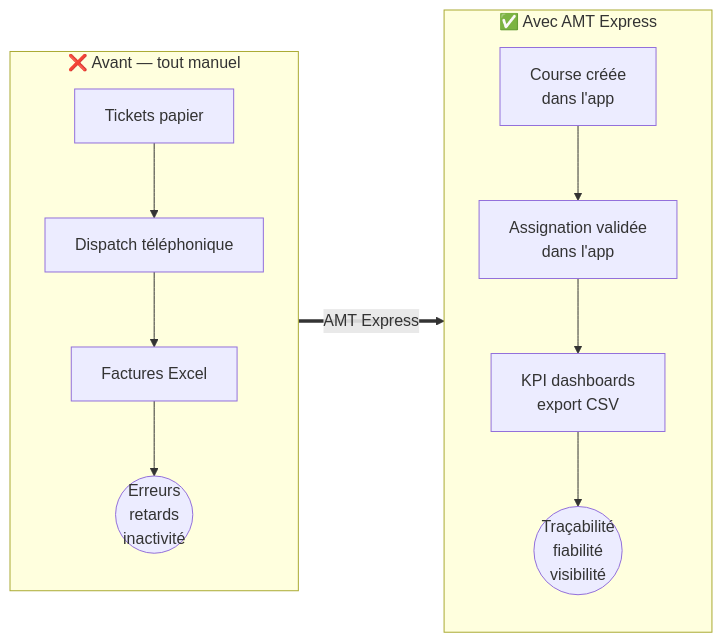
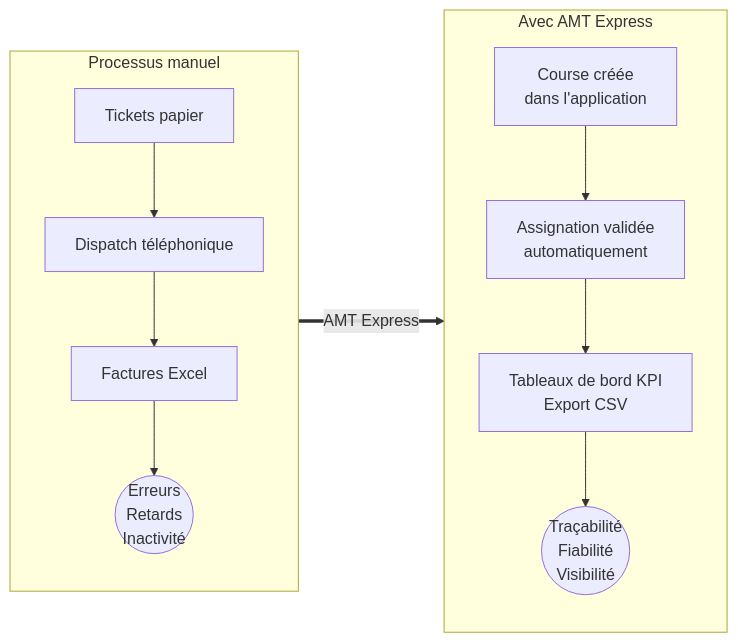
The first of 9 diagrams in documents/dossiers/dossierProjet/dossierProjetRNCP.md (Mamoru-fr/AMT-Express), drawn with Mermaid before and after one commit. The commit also changed other lines of this file and 7 other files, not shown here.

````diff
--- a/documents/dossiers/dossierProjet/dossierProjetRNCP.md
+++ b/documents/dossiers/dossierProjet/dossierProjetRNCP.md
@@ -112,10 +153,10 @@
 ```mermaid
 flowchart LR
-    subgraph AVANT["❌ Avant — tout manuel"]
-        A1[Tickets papier] --> A2[Dispatch téléphonique] --> A3[Factures Excel] --> A4((Erreurs<br/>retards<br/>inactivité))
+    subgraph AVANT["Processus manuel"]
+        A1[Tickets papier] --> A2[Dispatch téléphonique] --> A3[Factures Excel] --> A4((Erreurs<br/>Retards<br/>Inactivité))
     end
-    subgraph APRES["✅ Avec AMT Express"]
-        B1[Course créée<br/>dans l'app] --> B2[Assignation validée<br/>dans l'app] --> B3[KPI dashboards<br/>export CSV] --> B4((Traçabilité<br/>fiabilité<br/>visibilité))
+    subgraph APRES["Avec AMT Express"]
+        B1[Course créée<br/>dans l'application] --> B2[Assignation validée<br/>automatiquement] --> B3[Tableaux de bord KPI<br/>Export CSV] --> B4((Traçabilité<br/>Fiabilité<br/>Visibilité))
     end
     AVANT == "AMT Express" ==> APRES
 ```
````
